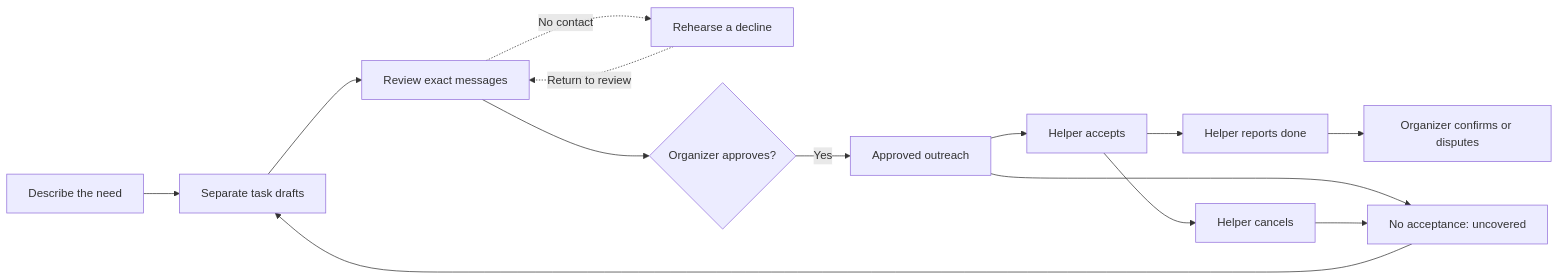
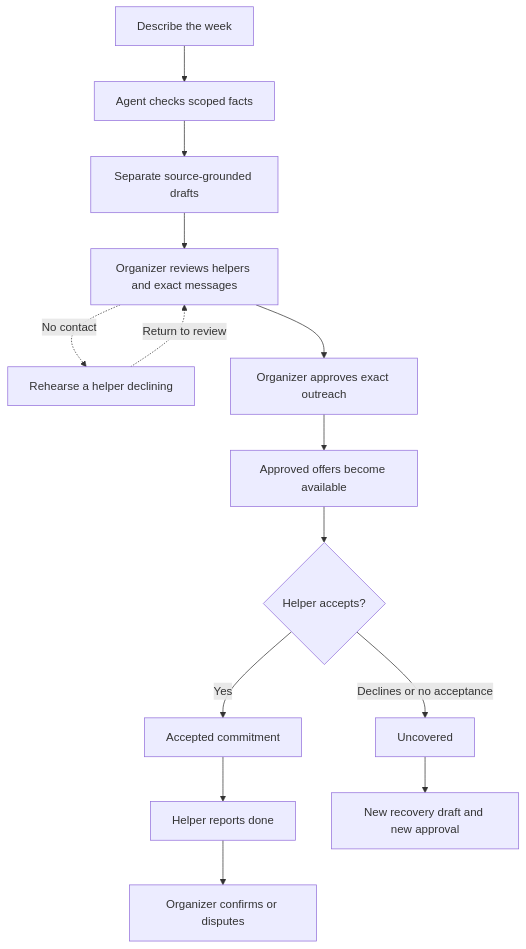
The diagram in README.md (usmanmohammed2306/relief-atlas), drawn with Mermaid before and after one commit. The commit also changed other lines of this file and 11 other files, not shown here.

````diff
--- a/README.md
+++ b/README.md
@@ -36,16 +97,16 @@
 ```mermaid
-flowchart LR
-    A[Describe the need] --> B[Separate task drafts]
-    B --> C[Review exact messages]
-    C -. No contact .-> R[Rehearse a decline]
-    R -. Return to review .-> C
-    C --> D{Organizer approves?}
-    D -- Yes --> E[Approved outreach]
-    E --> F[Helper accepts]
-    F --> G[Helper reports done]
-    G --> H[Organizer confirms or disputes]
-    E --> U[No acceptance: uncovered]
-    F --> X[Helper cancels]
-    X --> U
-    U --> B
+flowchart TD
+    A[Describe the week] --> B[Agent checks scoped facts]
+    B --> C[Separate source-grounded drafts]
+    C --> D[Organizer reviews helpers and exact messages]
+    D -. No contact .-> R[Rehearse a helper declining]
+    R -. Return to review .-> D
+    D --> E[Organizer approves exact outreach]
+    E --> F[Approved offers become available]
+    F --> G{Helper accepts?}
+    G -- Yes --> H[Accepted commitment]
+    H --> I[Helper reports done]
+    I --> J[Organizer confirms or disputes]
+    G -- Declines or no acceptance --> K[Uncovered]
+    K --> L[New recovery draft and new approval]
 ```
````
